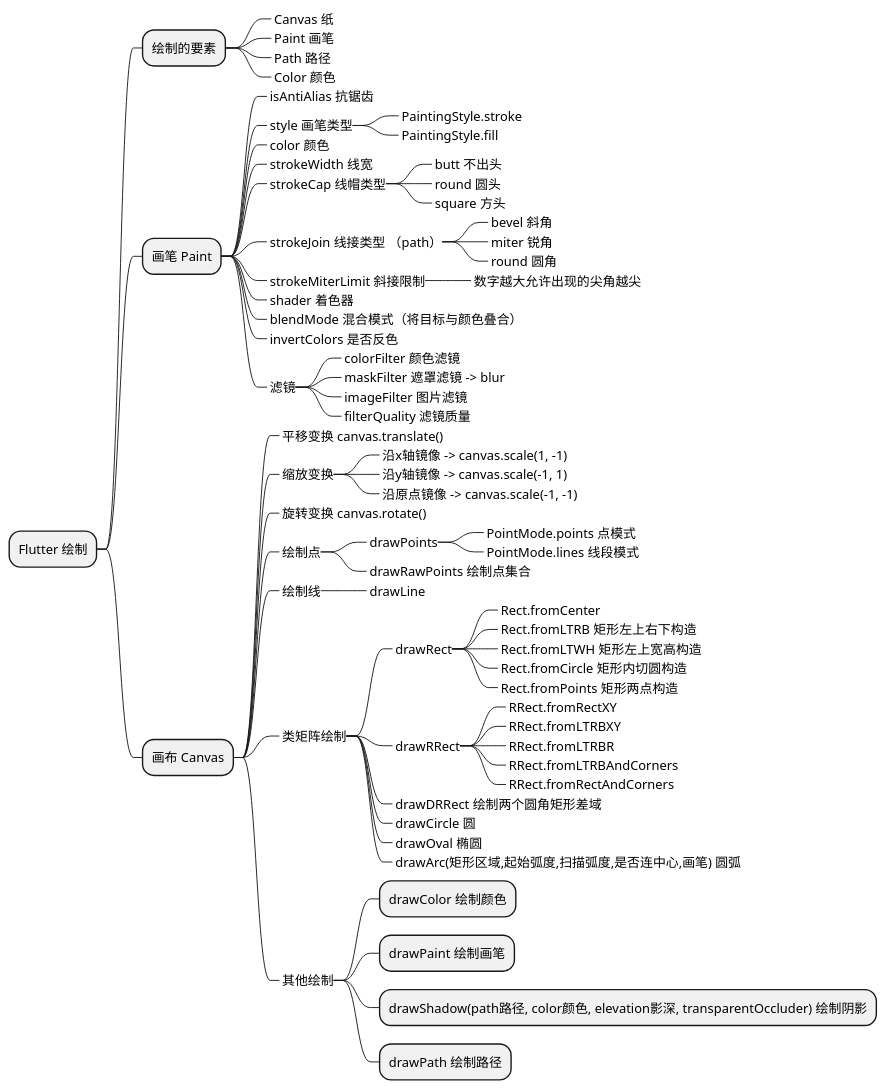
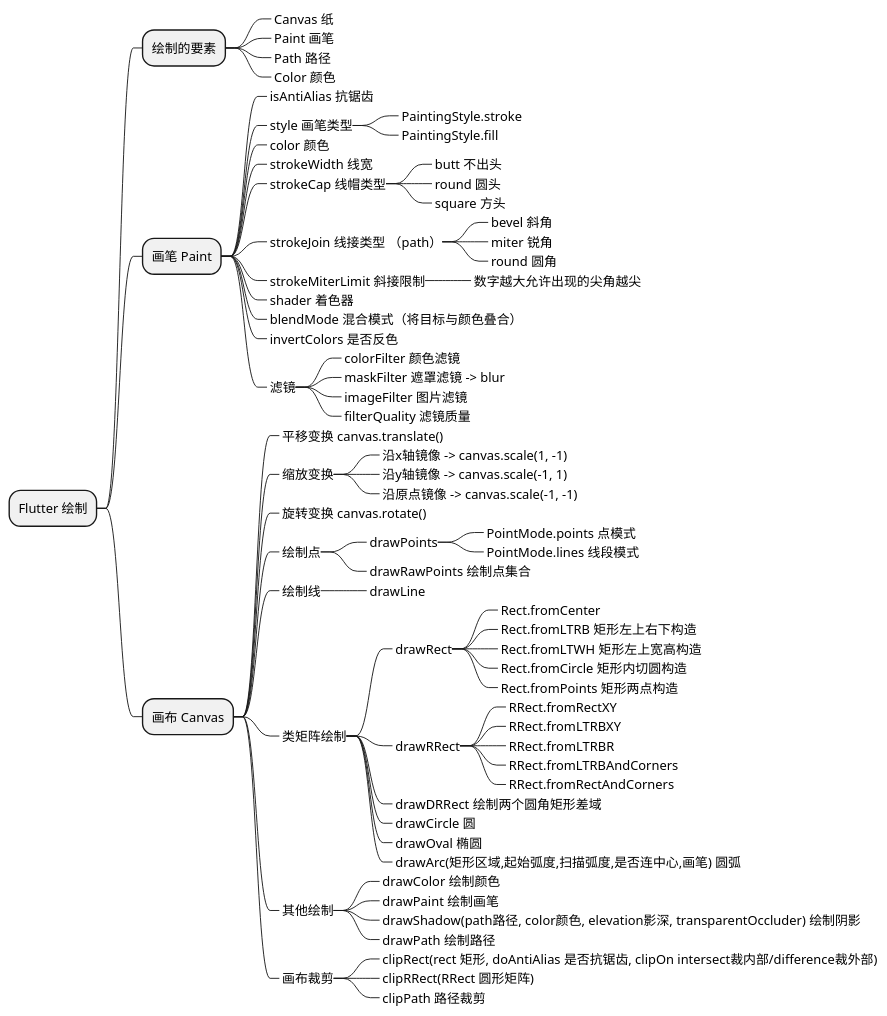
The diagram in lib/ui/pages/functions/canvas_paint_study/mindMap/canvasMindMap.pu (HEROhuqinchao/flutter_bilibili_getx), drawn with PlantUML before and after one commit. The commit also changed 31 other files, not shown here.

```diff
--- a/lib/ui/pages/functions/canvas_paint_study/mindMap/canvasMindMap.pu
+++ b/lib/ui/pages/functions/canvas_paint_study/mindMap/canvasMindMap.pu
@@ -1,69 +1,73 @@
 @startmindmap
 * Flutter 绘制
 ** 绘制的要素
 ***_ Canvas 纸
 ***_ Paint 画笔
 ***_ Path 路径
 ***_ Color 颜色
 ** 画笔 Paint
 ***_ isAntiAlias 抗锯齿
 ***_ style 画笔类型
 ****_ PaintingStyle.stroke
 ****_ PaintingStyle.fill
 ***_ color 颜色
 ***_ strokeWidth 线宽
 ***_ strokeCap 线帽类型
 ****_ butt 不出头
 ****_ round 圆头
 ****_ square 方头
 ***_ strokeJoin 线接类型 （path）
 ****_ bevel 斜角
 ****_ miter 锐角
 ****_ round 圆角
 ***_ strokeMiterLimit 斜接限制
 ****_ 数字越大允许出现的尖角越尖
 ***_ shader 着色器
 ***_ blendMode 混合模式（将目标与颜色叠合）
 ***_ invertColors 是否反色
 ***_ 滤镜
 ****_ colorFilter 颜色滤镜
 ****_ maskFilter 遮罩滤镜 -> blur
 ****_ imageFilter 图片滤镜
 ****_ filterQuality 滤镜质量
 ** 画布 Canvas
 ***_ 平移变换 canvas.translate()
 ***_ 缩放变换
 ****_ 沿x轴镜像 -> canvas.scale(1, -1)
 ****_ 沿y轴镜像 -> canvas.scale(-1, 1)
 ****_ 沿原点镜像 -> canvas.scale(-1, -1)
 ***_ 旋转变换 canvas.rotate()
 ***_ 绘制点
 ****_ drawPoints
 *****_ PointMode.points 点模式
 *****_ PointMode.lines 线段模式
 ****_ drawRawPoints 绘制点集合
 ***_ 绘制线
 ****_ drawLine
 ***_ 类矩阵绘制
 ****_ drawRect
 *****_ Rect.fromCenter
 *****_ Rect.fromLTRB 矩形左上右下构造
 *****_ Rect.fromLTWH 矩形左上宽高构造
 *****_ Rect.fromCircle 矩形内切圆构造
 *****_ Rect.fromPoints 矩形两点构造
 ****_ drawRRect
 *****_ RRect.fromRectXY
 *****_ RRect.fromLTRBXY
 *****_ RRect.fromLTRBR
 *****_ RRect.fromLTRBAndCorners
 *****_ RRect.fromRectAndCorners
 ****_ drawDRRect 绘制两个圆角矩形差域
 ****_ drawCircle 圆
 ****_ drawOval 椭圆
 ****_ drawArc(矩形区域,起始弧度,扫描弧度,是否连中心,画笔) 圆弧
 ***_ 其他绘制
-**** drawColor 绘制颜色
-**** drawPaint 绘制画笔
-**** drawShadow(path路径, color颜色, elevation影深, transparentOccluder) 绘制阴影
-**** drawPath 绘制路径
+****_ drawColor 绘制颜色
+****_ drawPaint 绘制画笔
+****_ drawShadow(path路径, color颜色, elevation影深, transparentOccluder) 绘制阴影
+****_ drawPath 绘制路径
+***_ 画布裁剪
+****_ clipRect(rect 矩形, doAntiAlias 是否抗锯齿, clipOn intersect裁内部/difference裁外部)
+****_ clipRRect(RRect 圆形矩阵)
+****_ clipPath 路径裁剪
 @endmindmap
```
